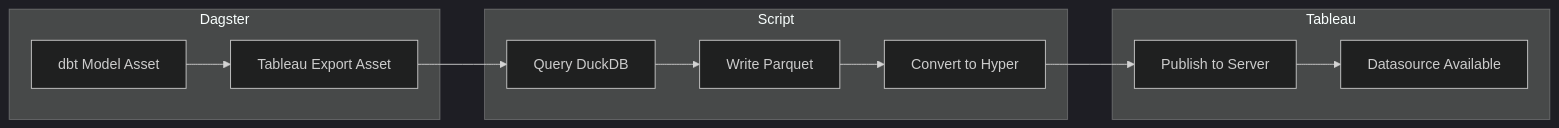
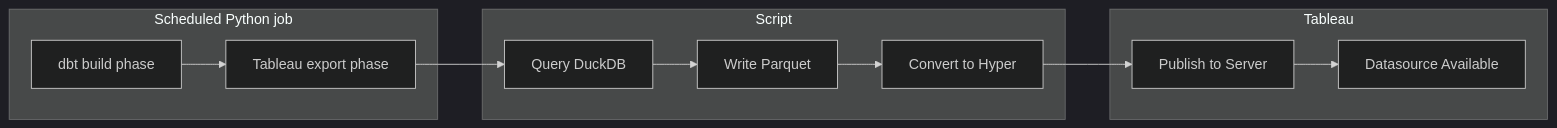
The diagram in content/stack/tableau.md (jabba197/career-portfolio), drawn with Mermaid (dark theme) before and after one commit. The commit also changed other lines of this file and 17 other files, not shown here.

````diff
--- a/content/stack/tableau.md
+++ b/content/stack/tableau.md
@@ -90,17 +93,17 @@
 ```mermaid
 flowchart LR
-    subgraph Dagster
-        A[dbt Model Asset] --> B[Tableau Export Asset]
+    subgraph Job[Scheduled Python job]
+        A[dbt build phase] --> B[Tableau export phase]
     end
 
     subgraph Script
         B --> C[Query DuckDB]
         C --> D[Write Parquet]
         D --> E[Convert to Hyper]
     end
 
     subgraph Tableau
         E --> F[Publish to Server]
         F --> G[Datasource Available]
     end
 ```
````
